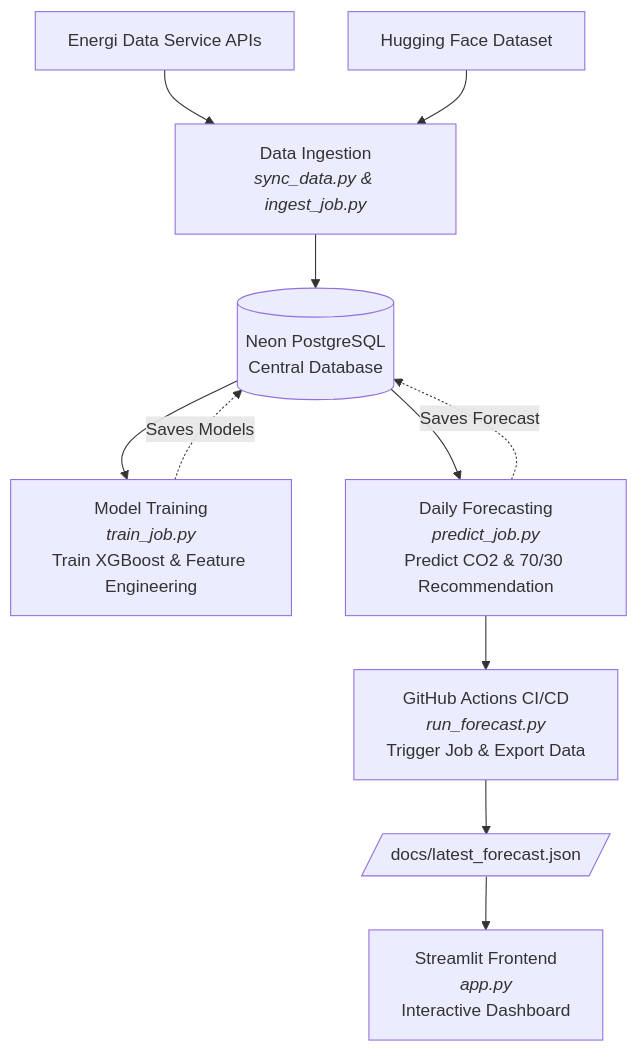
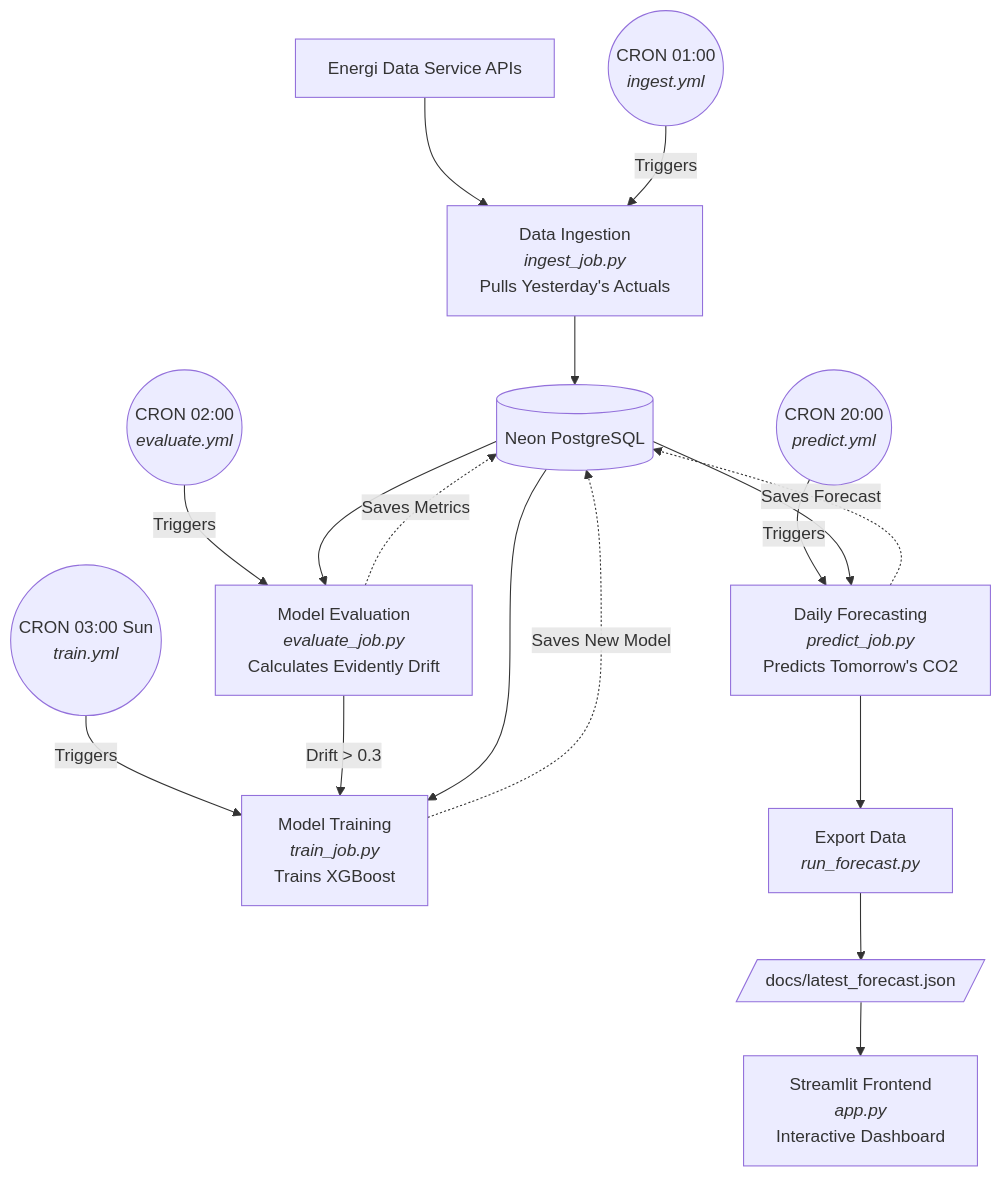
One commit to xprafulx/gridwise-guardian changed the diagram in README.md. Above: the diagram before and after it, drawn with Mermaid. The commit also changed other lines of this file, not shown here.

Commit message:
Enhance README with automation details and flowchart updates
Added detailed descriptions of the zero-touch automation process and updated the flowchart to include evaluation and training jobs.

````diff
--- a/README.md
+++ b/README.md
@@ -35,22 +35,31 @@
 ```mermaid
 flowchart TD
     %% External Data Sources
     API[Energi Data Service APIs] --> Ingest
-    HF[Hugging Face Dataset] --> Ingest
 
-    %% Data Ingestion
-    Ingest[Data Ingestion<br/><i>sync_data.py & ingest_job.py</i>] --> DB[(Neon PostgreSQL<br/>Central Database)]
+    %% 1. Ingestion Job
+    CRON1((CRON 01:00<br/><i>ingest.yml</i>)) -->|Triggers| Ingest
+    Ingest[Data Ingestion<br/><i>ingest_job.py</i><br/>Pulls Yesterday's Actuals] --> DB[(Neon PostgreSQL)]
 
-    %% Machine Learning Pipeline
-    DB --> Train[Model Training<br/><i>train_job.py</i><br/>Train XGBoost & Feature Engineering]
-    Train -. Saves Models .-> DB
+    %% 2. Evaluation Job
+    CRON2((CRON 02:00<br/><i>evaluate.yml</i>)) -->|Triggers| Eval
+    DB --> Eval[Model Evaluation<br/><i>evaluate_job.py</i><br/>Calculates Evidently Drift]
+    Eval -. Saves Metrics .-> DB
 
-    DB --> Predict[Daily Forecasting<br/><i>predict_job.py</i><br/>Predict CO2 & 70/30 Recommendation]
+    %% 3. Training Job
+    CRON3((CRON 03:00 Sun<br/><i>train.yml</i>)) -->|Triggers| Train
+    Eval -->|Drift > 0.3| Train
+    DB --> Train[Model Training<br/><i>train_job.py</i><br/>Trains XGBoost]
+    Train -. Saves New Model .-> DB
+
+    %% 4. Prediction Job
+    CRON4((CRON 20:00<br/><i>predict.yml</i>)) -->|Triggers| Predict
+    DB --> Predict[Daily Forecasting<br/><i>predict_job.py</i><br/>Predicts Tomorrow's CO2]
     Predict -. Saves Forecast .-> DB
 
-    %% CI/CD and Frontend Delivery
-    Predict --> Export[GitHub Actions CI/CD<br/><i>run_forecast.py</i><br/>Trigger Job & Export Data]
+    %% Export and Frontend Delivery
+    Predict --> Export[Export Data<br/><i>run_forecast.py</i>]
     Export --> JSON[/docs/latest_forecast.json/]
     
     JSON --> UI[Streamlit Frontend<br/><i>app.py</i><br/>Interactive Dashboard]
 ```
````
